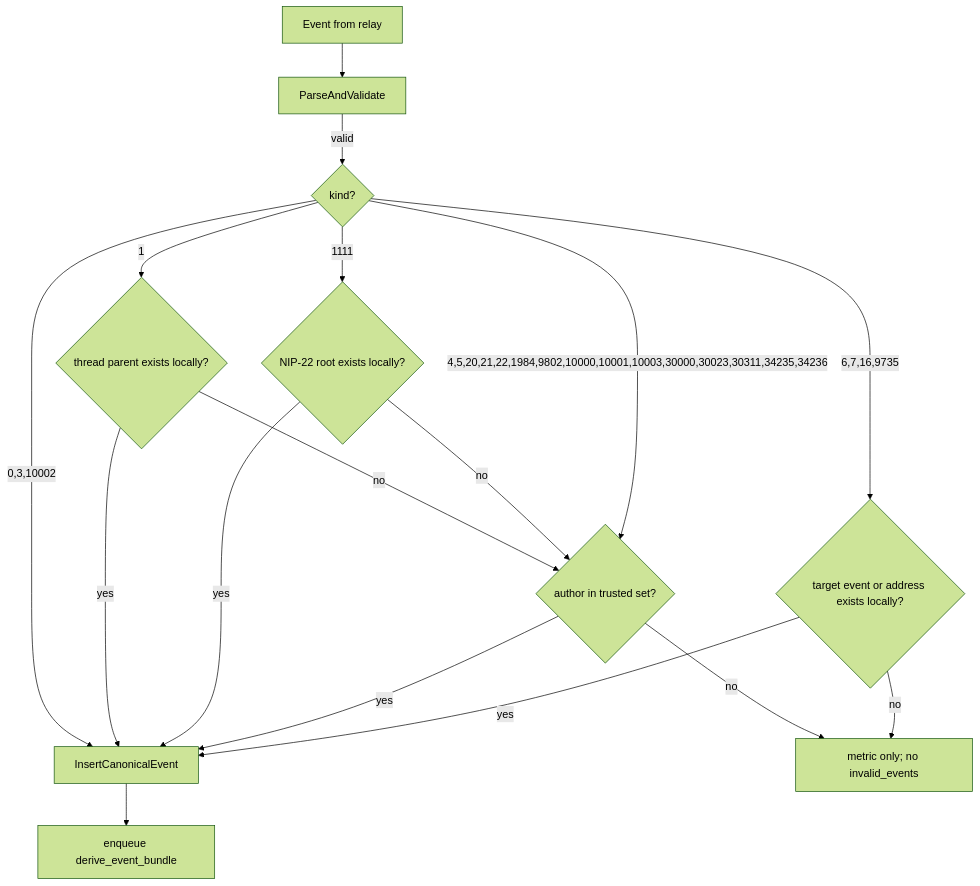
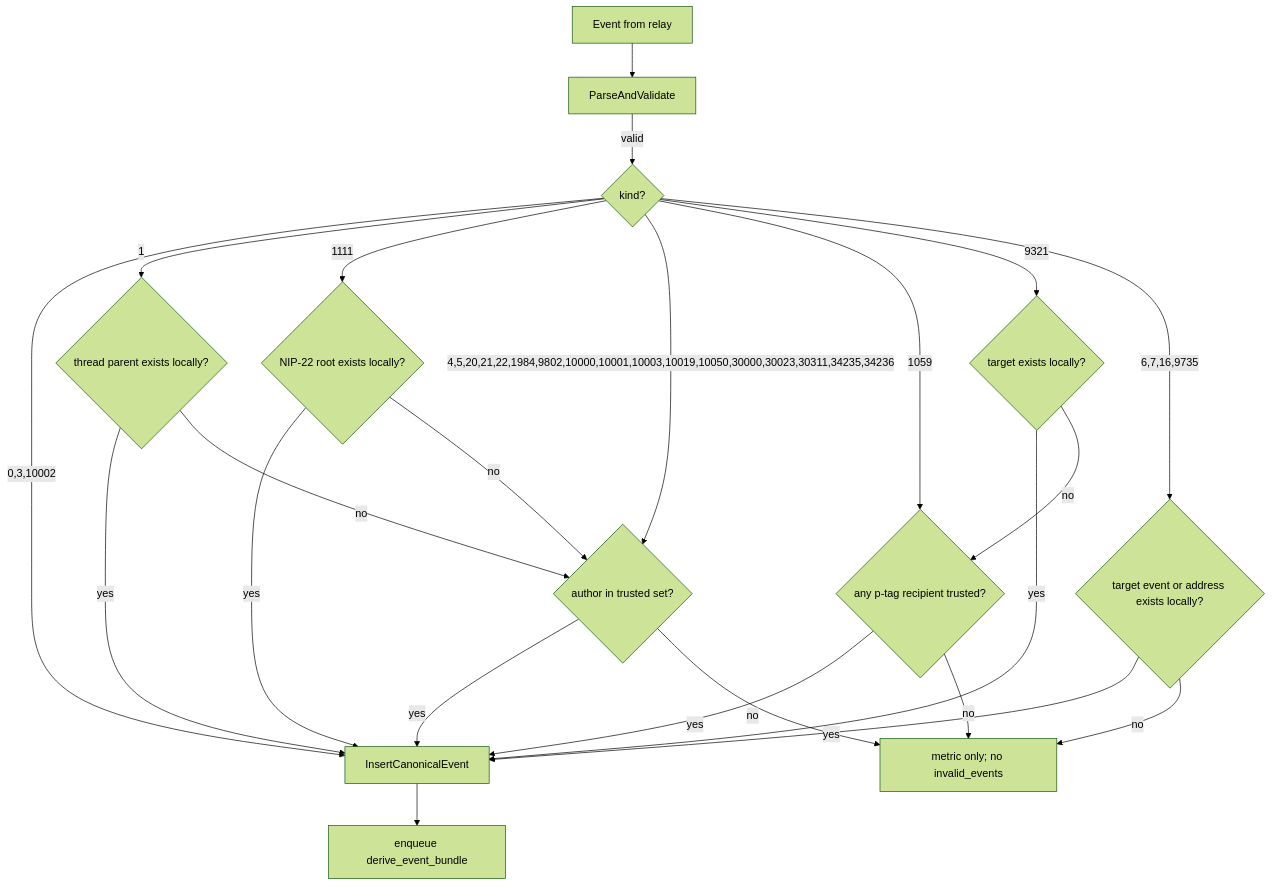
Before and after one commit to xdzczk/nostrmash: the diagram in docs/architecture/trust-bounded-ingest.md, drawn with Mermaid (forest theme). The commit also changed other lines of this file and 56 other files, not shown here.

````diff
--- a/docs/architecture/trust-bounded-ingest.md
+++ b/docs/architecture/trust-bounded-ingest.md
@@ -21,19 +21,25 @@
 ```mermaid
 flowchart TD
   E["Event from relay"] --> V["ParseAndValidate"]
   V -->|valid| K{"kind?"}
   K -->|"0,3,10002"| Store["InsertCanonicalEvent"]
   K -->|"1"| R{"thread parent exists locally?"}
   R -->|yes| Store
   R -->|no| T{"author in trusted set?"}
   K -->|"1111"| Root{"NIP-22 root exists locally?"}
   Root -->|yes| Store
   Root -->|no| T
-  K -->|"4,5,20,21,22,1984,9802,10000,10001,10003,30000,30023,30311,34235,34236"| T
+  K -->|"4,5,20,21,22,1984,9802,10000,10001,10003,10019,10050,30000,30023,30311,34235,34236"| T
   T -->|yes| Store
   T -->|no| Drop["metric only; no invalid_events"]
+  K -->|"1059"| P{"any p-tag recipient trusted?"}
+  K -->|"9321"| Zap{"target exists locally?"}
+  Zap -->|yes| Store
+  Zap -->|no| P
+  P -->|yes| Store
+  P -->|no| Drop
   K -->|"6,7,16,9735"| Tgt{"target event or address exists locally?"}
   Tgt -->|yes| Store
   Tgt -->|no| Drop
   Store --> J["enqueue derive_event_bundle"]
 ```
````
